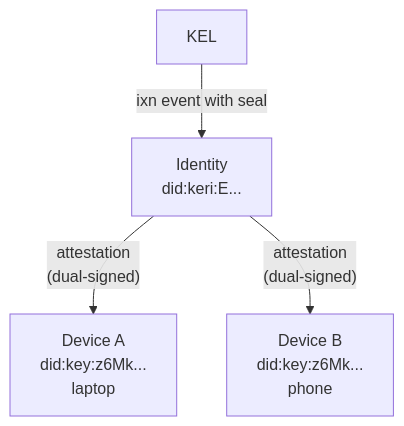
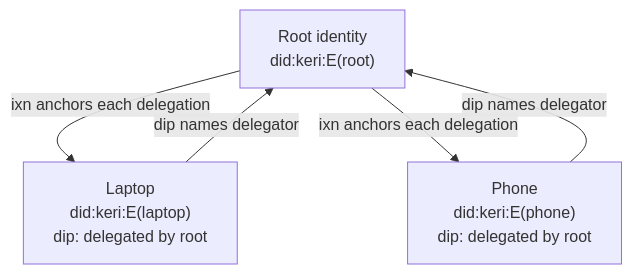
The second of 2 diagrams in docs/getting-started/identity-lifecycle.md (auths-dev/auths), drawn with Mermaid before and after one commit. The commit also changed other lines of this file and 75 other files, not shown here.

````diff
--- a/docs/getting-started/identity-lifecycle.md
+++ b/docs/getting-started/identity-lifecycle.md
@@ -59,12 +49,11 @@
 ```mermaid
 flowchart TD
-    A["Identity<br/>did:keri:E..."]
-    B["Device A<br/>did:key:z6Mk...<br/>laptop"]
-    C["Device B<br/>did:key:z6Mk...<br/>phone"]
+    A["Root identity<br/>did:keri:E(root)"]
+    B["Laptop<br/>did:keri:E(laptop)<br/>dip: delegated by root"]
+    C["Phone<br/>did:keri:E(phone)<br/>dip: delegated by root"]
 
-    A -->|"attestation<br/>(dual-signed)"| B
-    A -->|"attestation<br/>(dual-signed)"| C
-
-    D["KEL"]
-    D -->|"ixn event with seal"| A
+    B -->|"dip names delegator"| A
+    C -->|"dip names delegator"| A
+    A -->|"ixn anchors each delegation"| B
+    A -->|"ixn anchors each delegation"| C
 ```
````
